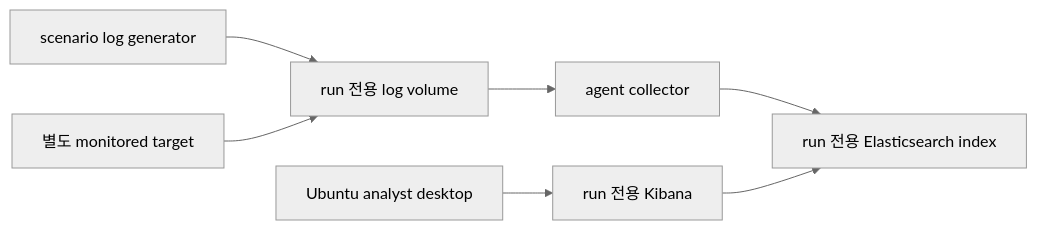
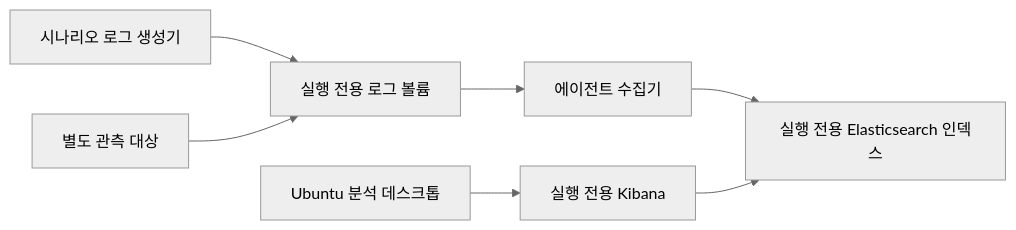
One commit to ijuns/zerotop changed the diagram in docs/local-desktop-runtime.md. Above: the diagram before and after it, drawn with Mermaid (neutral theme). The commit also changed other lines of this file and 6 other files, not shown here.

````diff
--- a/docs/local-desktop-runtime.md
+++ b/docs/local-desktop-runtime.md
@@ -41,9 +41,9 @@
 ```mermaid
 flowchart LR
-    Desktop["Ubuntu analyst desktop"] --> Kibana["run 전용 Kibana"]
-    Generator["scenario log generator"] --> Volume["run 전용 log volume"]
-    Target["별도 monitored target"] --> Volume
-    Volume --> Agent["agent collector"]
-    Agent --> Elasticsearch["run 전용 Elasticsearch index"]
+    Desktop["Ubuntu 분석 데스크톱"] --> Kibana["실행 전용 Kibana"]
+    Generator["시나리오 로그 생성기"] --> Volume["실행 전용 로그 볼륨"]
+    Target["별도 관측 대상"] --> Volume
+    Volume --> Agent["에이전트 수집기"]
+    Agent --> Elasticsearch["실행 전용 Elasticsearch 인덱스"]
     Kibana --> Elasticsearch
 ```
````
